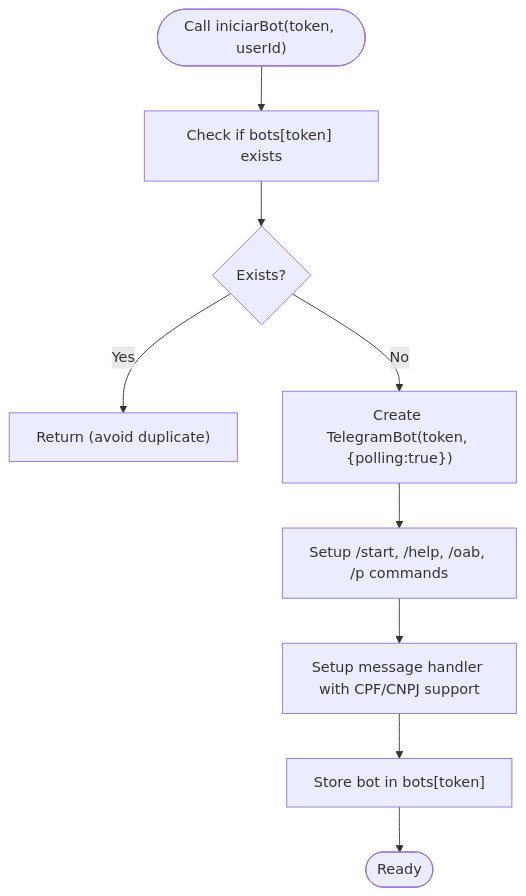
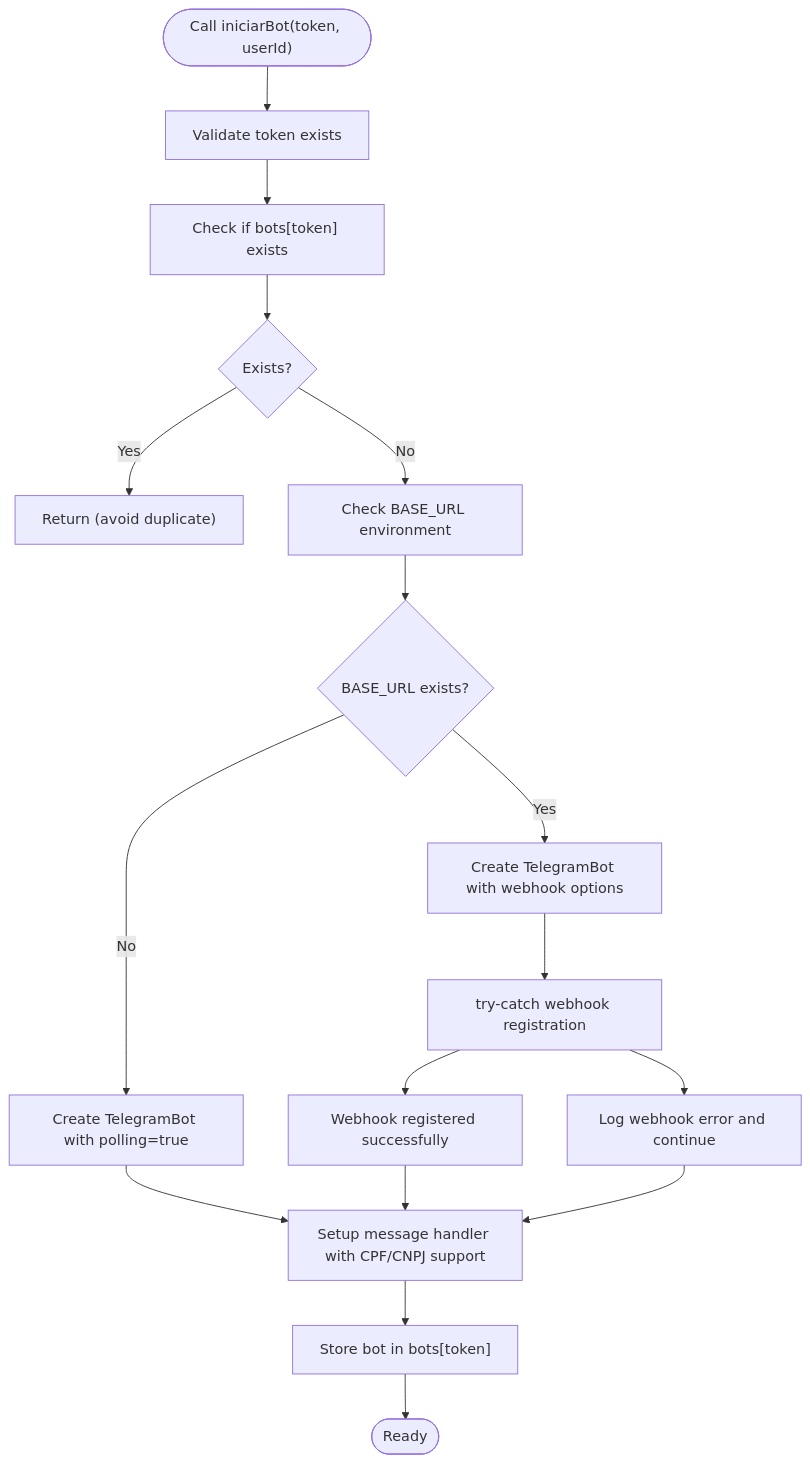
Before and after one commit to Alexandrexicara/bot-processos: the third of 11 diagrams in .qoder/repowiki/en/content/Telegram Bot Integration/Bot Management System.md, drawn with Mermaid. The commit also changed other lines of this file and 2 other files, not shown here.

````diff
--- a/.qoder/repowiki/en/content/Telegram Bot Integration/Bot Management System.md
+++ b/.qoder/repowiki/en/content/Telegram Bot Integration/Bot Management System.md
@@ -180,11 +187,19 @@
 ```mermaid
 flowchart TD
-Start(["Call iniciarBot(token, userId)"]) --> CheckCache["Check if bots[token] exists"]
+Start(["Call iniciarBot(token, userId)"]) --> ValidateToken["Validate token exists"]
+ValidateToken --> CheckCache["Check if bots[token] exists"]
 CheckCache --> Exists{"Exists?"}
 Exists --> |Yes| Return["Return (avoid duplicate)"]
-Exists --> |No| CreateBot["Create TelegramBot(token, {polling:true})"]
-CreateBot --> SetupCommands["Setup /start, /help, /oab, /p commands"]
-SetupCommands --> SetupHandlers["Setup message handler with CPF/CNPJ support"]
+Exists --> |No| EnvCheck["Check BASE_URL environment"]
+EnvCheck --> HasBaseURL{"BASE_URL exists?"}
+HasBaseURL --> |Yes| SetWebhook["Create TelegramBot with webhook options"]
+HasBaseURL --> |No| SetPolling["Create TelegramBot with polling=true"]
+SetWebhook --> TryWebhook["try-catch webhook registration"]
+TryWebhook --> WebhookSuccess["Webhook registered successfully"]
+TryWebhook --> WebhookError["Log webhook error and continue"]
+SetPolling --> SetupHandlers["Setup message handler with CPF/CNPJ support"]
+WebhookSuccess --> SetupHandlers
+WebhookError --> SetupHandlers
 SetupHandlers --> StoreCache["Store bot in bots[token]"]
 StoreCache --> End(["Ready"])
 ```
````
